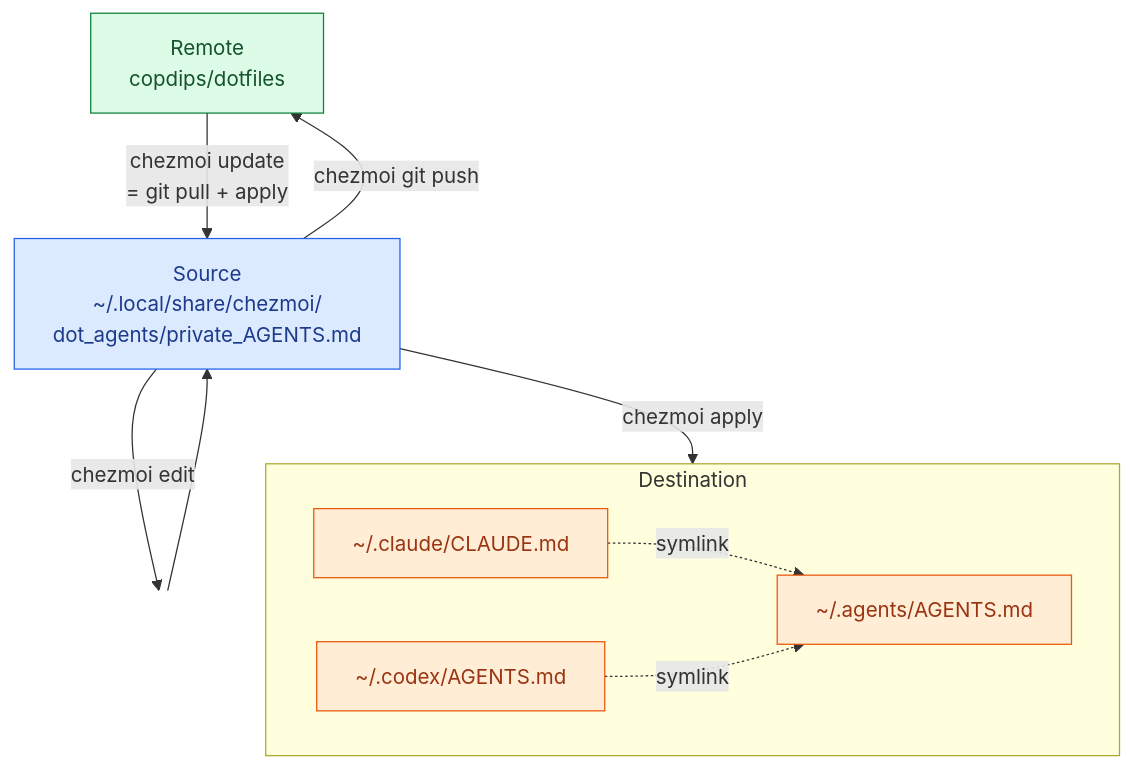
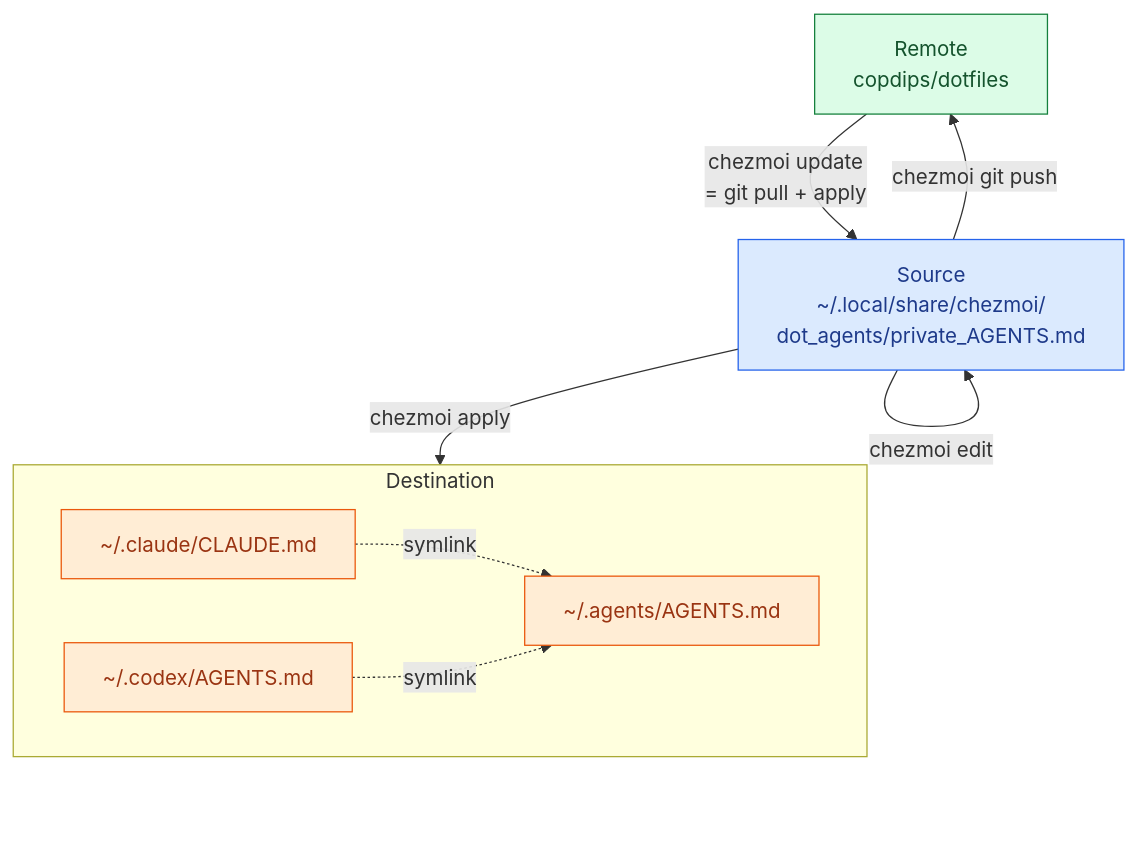
One commit to copdips/copdips.github.io changed the diagram in docs/posts/2026/2026-11-08-chezmoi-workflow.md. Above: the diagram before and after it, drawn with Mermaid. The commit also changed 10 other files, not shown here.

````diff
--- a/docs/posts/2026/2026-11-08-chezmoi-workflow.md
+++ b/docs/posts/2026/2026-11-08-chezmoi-workflow.md
@@ -28,31 +28,26 @@
 ```mermaid
 flowchart TD
     Remote["Remote<br/>copdips/dotfiles"]
     Source["Source<br/>~/.local/share/chezmoi/<br/>dot_agents/private_AGENTS.md"]
 
     subgraph Destination["Destination"]
         direction LR
         Agents["~/.agents/AGENTS.md"]
         Claude["~/.claude/CLAUDE.md"]
         Codex["~/.codex/AGENTS.md"]
         Claude -. "symlink" .-> Agents
         Codex -. "symlink" .-> Agents
     end
 
     Source -- "chezmoi git push" --> Remote
     Remote -- "chezmoi update<br/>= git pull + apply" --> Source
-    Source -- "chezmoi edit" --> EditLoop
-    EditLoop --> Source
+    Source -- "chezmoi edit" --> Source
     Source -- "chezmoi apply" --> Destination
-
-    %% an invisible node anchors the edit loop, so it stays short
-    EditLoop[" "]
-    style EditLoop fill:transparent,stroke:transparent,color:transparent
 
     classDef entry fill:#dcfce7,stroke:#15803d,color:#14532d,stroke-width:1px;
     classDef state fill:#dbeafe,stroke:#2563eb,color:#1e3a8a,stroke-width:1px;
     classDef dest fill:#ffedd5,stroke:#ea580c,color:#9a3412,stroke-width:1px;
     class Remote entry;
     class Source state;
     class Agents,Claude,Codex dest;
 ```
````
